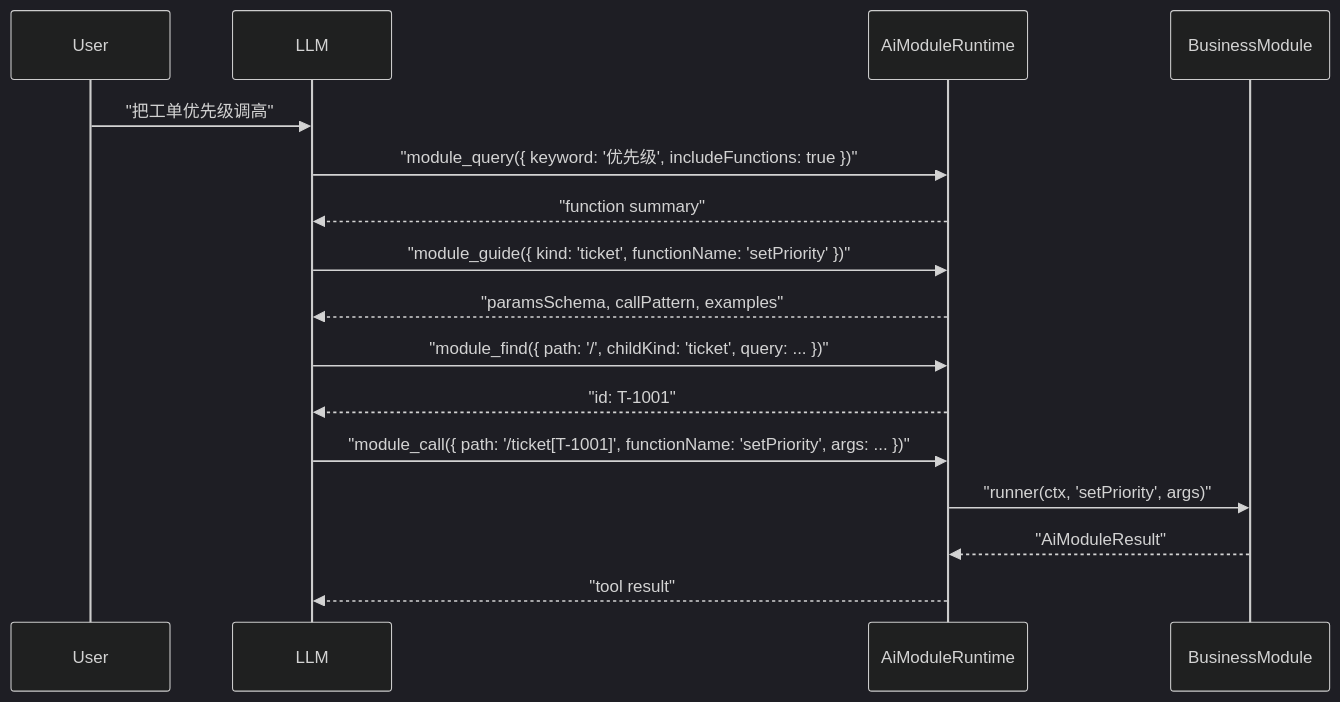
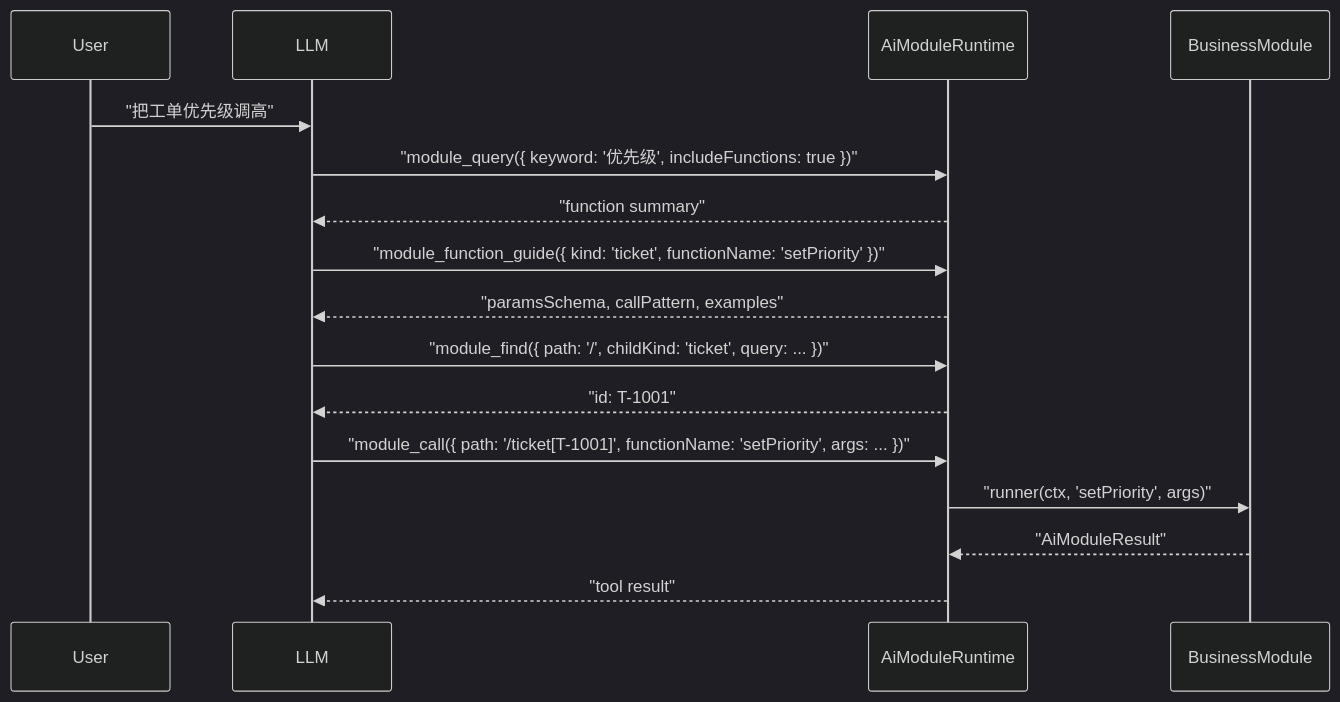
One commit to LMSpark/spark-view-vue changed the third of 5 diagrams in docs/ai/spark-ai-complete-guide.md. Above: the diagram before and after it, drawn with Mermaid (dark theme). The commit also changed other lines of this file and 21 other files, not shown here.

````diff
--- a/docs/ai/spark-ai-complete-guide.md
+++ b/docs/ai/spark-ai-complete-guide.md
@@ -569,19 +588,19 @@
 ```mermaid
 sequenceDiagram
   participant U as User
   participant L as LLM
   participant R as AiModuleRuntime
   participant B as BusinessModule
 
   U->>L: "把工单优先级调高"
   L->>R: "module_query({ keyword: '优先级', includeFunctions: true })"
   R-->>L: "function summary"
-  L->>R: "module_guide({ kind: 'ticket', functionName: 'setPriority' })"
+  L->>R: "module_function_guide({ kind: 'ticket', functionName: 'setPriority' })"
   R-->>L: "paramsSchema, callPattern, examples"
   L->>R: "module_find({ path: '/', childKind: 'ticket', query: ... })"
   R-->>L: "id: T-1001"
   L->>R: "module_call({ path: '/ticket[T-1001]', functionName: 'setPriority', args: ... })"
   R->>B: "runner(ctx, 'setPriority', args)"
   B-->>R: "AiModuleResult"
   R-->>L: "tool result"
 ```
````
